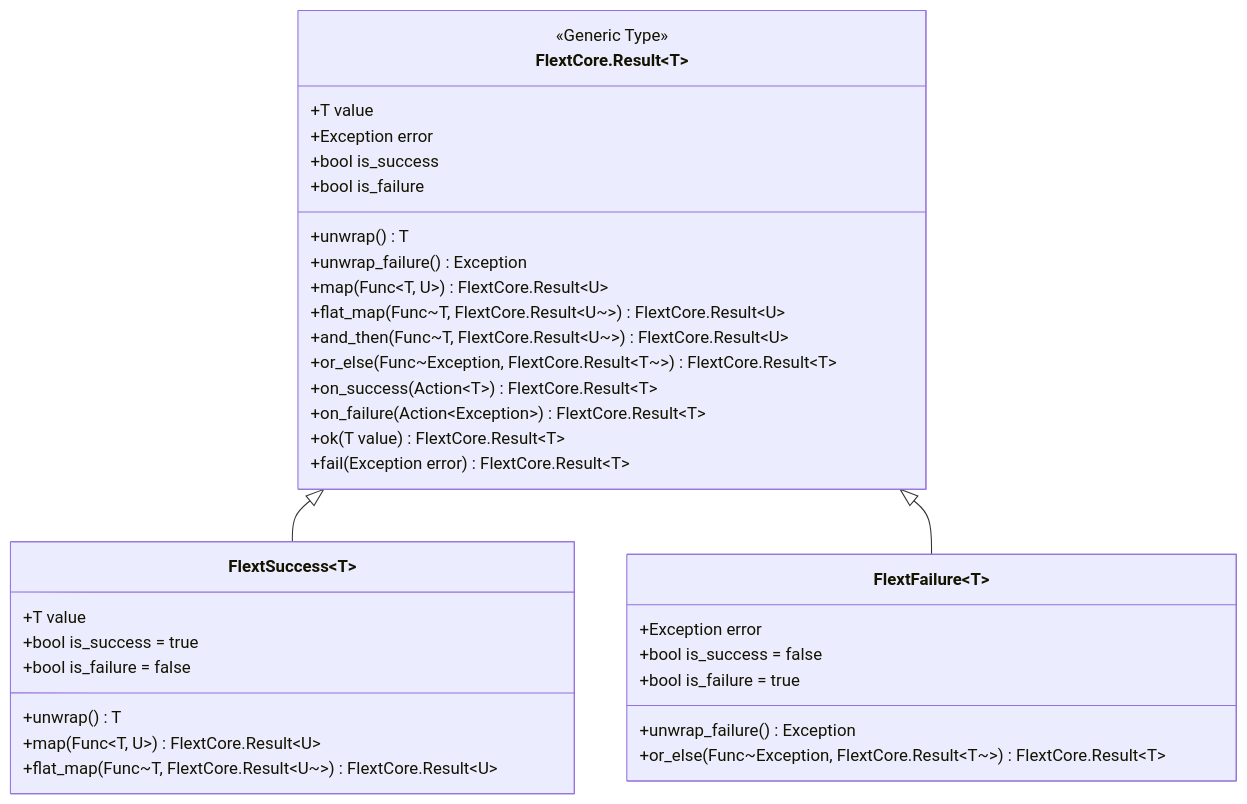
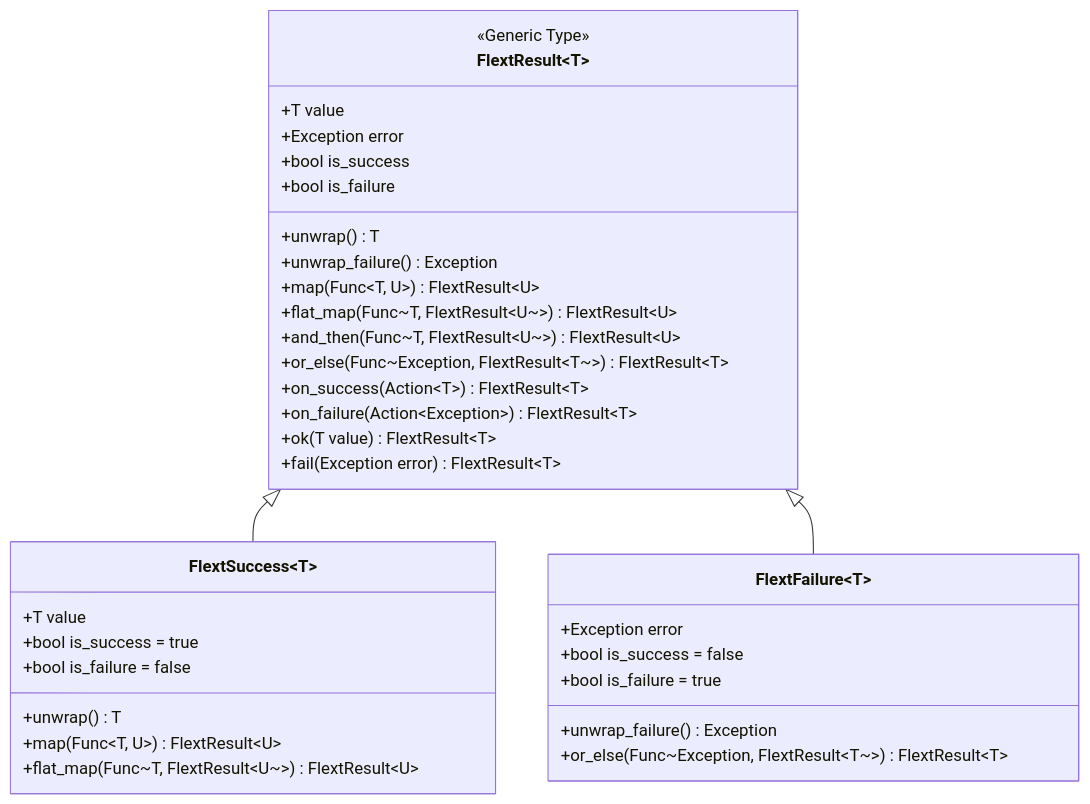
One commit to flext-sh/flext changed the first of 10 diagrams in docs/architecture/c4-model/code-diagrams.md. Above: the diagram before and after it, drawn with Mermaid. The commit also changed other lines of this file and 372 other files, not shown here.

````diff
--- a/docs/architecture/c4-model/code-diagrams.md
+++ b/docs/architecture/c4-model/code-diagrams.md
@@ -9,40 +9,40 @@
 ```mermaid
 classDiagram
-    class FlextCore.Result~T~ {
+    class FlextResult~T~ {
         <<Generic Type>>
         +T value
         +Exception error
         +bool is_success
         +bool is_failure
         +unwrap() T
         +unwrap_failure() Exception
-        +map(Func~T, U~) FlextCore.Result~U~
-        +flat_map(Func~T, FlextCore.Result~U~~) FlextCore.Result~U~
-        +and_then(Func~T, FlextCore.Result~U~~) FlextCore.Result~U~
-        +or_else(Func~Exception, FlextCore.Result~T~~) FlextCore.Result~T~
-        +on_success(Action~T~) FlextCore.Result~T~
-        +on_failure(Action~Exception~) FlextCore.Result~T~
-        +ok(T value) FlextCore.Result~T~
-        +fail(Exception error) FlextCore.Result~T~
+        +map(Func~T, U~) FlextResult~U~
+        +flat_map(Func~T, FlextResult~U~~) FlextResult~U~
+        +and_then(Func~T, FlextResult~U~~) FlextResult~U~
+        +or_else(Func~Exception, FlextResult~T~~) FlextResult~T~
+        +on_success(Action~T~) FlextResult~T~
+        +on_failure(Action~Exception~) FlextResult~T~
+        +ok(T value) FlextResult~T~
+        +fail(Exception error) FlextResult~T~
     }
 
     class FlextSuccess~T~ {
         +T value
         +bool is_success = true
         +bool is_failure = false
         +unwrap() T
-        +map(Func~T, U~) FlextCore.Result~U~
-        +flat_map(Func~T, FlextCore.Result~U~~) FlextCore.Result~U~
+        +map(Func~T, U~) FlextResult~U~
+        +flat_map(Func~T, FlextResult~U~~) FlextResult~U~
     }
 
     class FlextFailure~T~ {
         +Exception error
         +bool is_success = false
         +bool is_failure = true
         +unwrap_failure() Exception
-        +or_else(Func~Exception, FlextCore.Result~T~~) FlextCore.Result~T~
+        +or_else(Func~Exception, FlextResult~T~~) FlextResult~T~
     }
 
-    FlextCore.Result~T~ <|-- FlextSuccess~T~
-    FlextCore.Result~T~ <|-- FlextFailure~T~
+    FlextResult~T~ <|-- FlextSuccess~T~
+    FlextResult~T~ <|-- FlextFailure~T~
 ```
````
